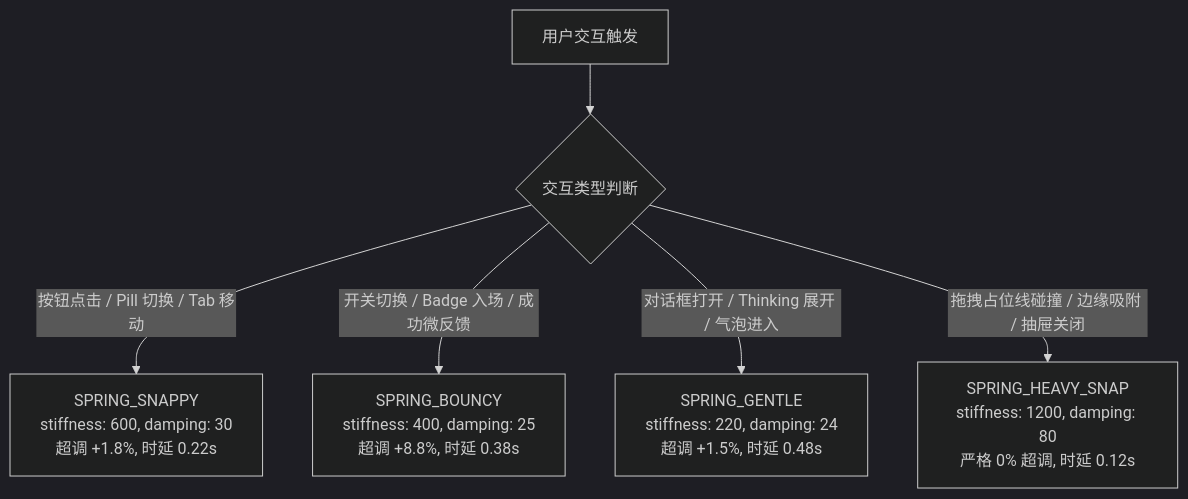
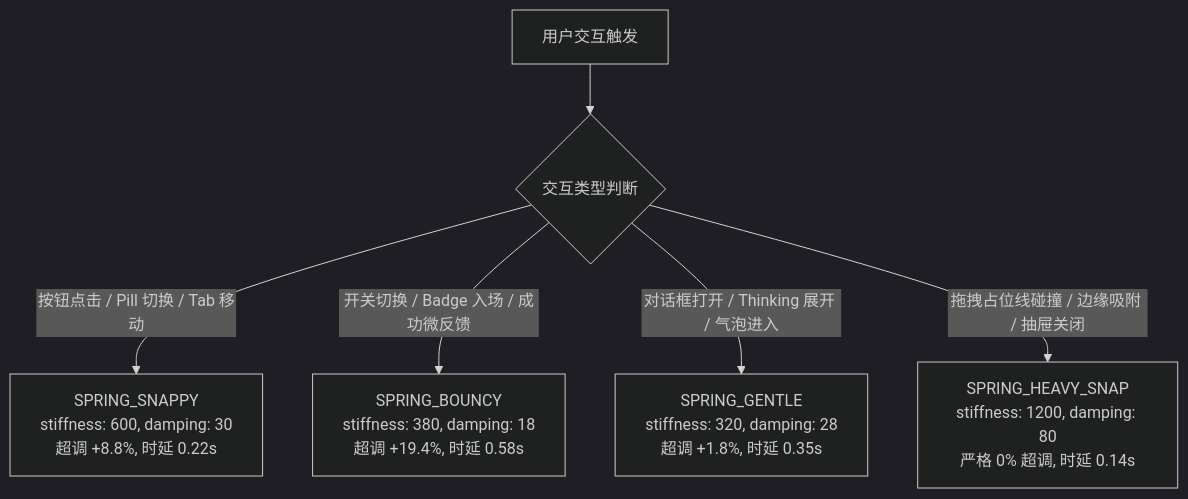
The diagram in docs/v1/08-AI-Agent-前端-UI-与动效开发指南.md (20240610ldx-hub/open-claude-ui), drawn with Mermaid (dark theme) before and after one commit. The commit also changed other lines of this file and 13 other files, not shown here.

````diff
--- a/docs/v1/08-AI-Agent-前端-UI-与动效开发指南.md
+++ b/docs/v1/08-AI-Agent-前端-UI-与动效开发指南.md
@@ -83,11 +91,11 @@
 ```mermaid
 graph TD
     Trigger["用户交互触发"]
     
     Trigger --> Type{"交互类型判断"}
     
-    Type -->|"按钮点击 / Pill 切换 / Tab 移动"| Snappy["SPRING_SNAPPY<br/>stiffness: 600, damping: 30<br/>超调 +1.8%, 时延 0.22s"]
-    Type -->|"开关切换 / Badge 入场 / 成功微反馈"| Bouncy["SPRING_BOUNCY<br/>stiffness: 400, damping: 25<br/>超调 +8.8%, 时延 0.38s"]
-    Type -->|"对话框打开 / Thinking 展开 / 气泡进入"| Gentle["SPRING_GENTLE<br/>stiffness: 220, damping: 24<br/>超调 +1.5%, 时延 0.48s"]
-    Type -->|"拖拽占位线碰撞 / 边缘吸附 / 抽屉关闭"| HeavySnap["SPRING_HEAVY_SNAP<br/>stiffness: 1200, damping: 80<br/>严格 0% 超调, 时延 0.12s"]
+    Type -->|"按钮点击 / Pill 切换 / Tab 移动"| Snappy["SPRING_SNAPPY<br/>stiffness: 600, damping: 30<br/>超调 +8.8%, 时延 0.22s"]
+    Type -->|"开关切换 / Badge 入场 / 成功微反馈"| Bouncy["SPRING_BOUNCY<br/>stiffness: 380, damping: 18<br/>超调 +19.4%, 时延 0.58s"]
+    Type -->|"对话框打开 / Thinking 展开 / 气泡进入"| Gentle["SPRING_GENTLE<br/>stiffness: 320, damping: 28<br/>超调 +1.8%, 时延 0.35s"]
+    Type -->|"拖拽占位线碰撞 / 边缘吸附 / 抽屉关闭"| HeavySnap["SPRING_HEAVY_SNAP<br/>stiffness: 1200, damping: 80<br/>严格 0% 超调, 时延 0.14s"]
 ```
````
